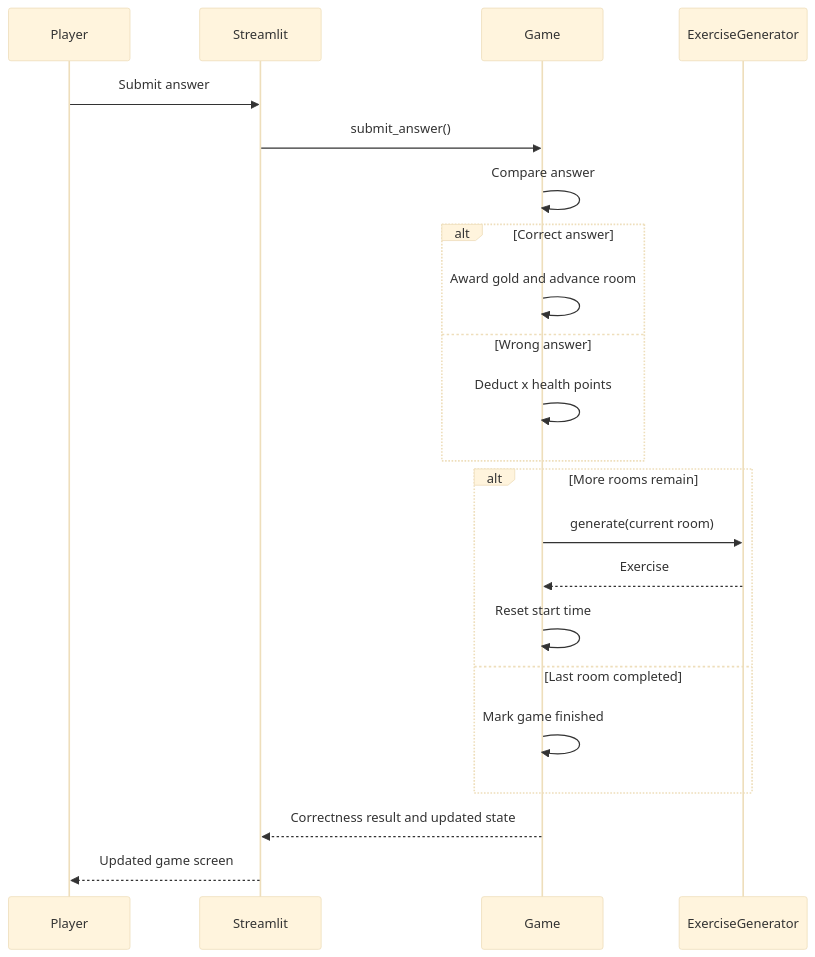
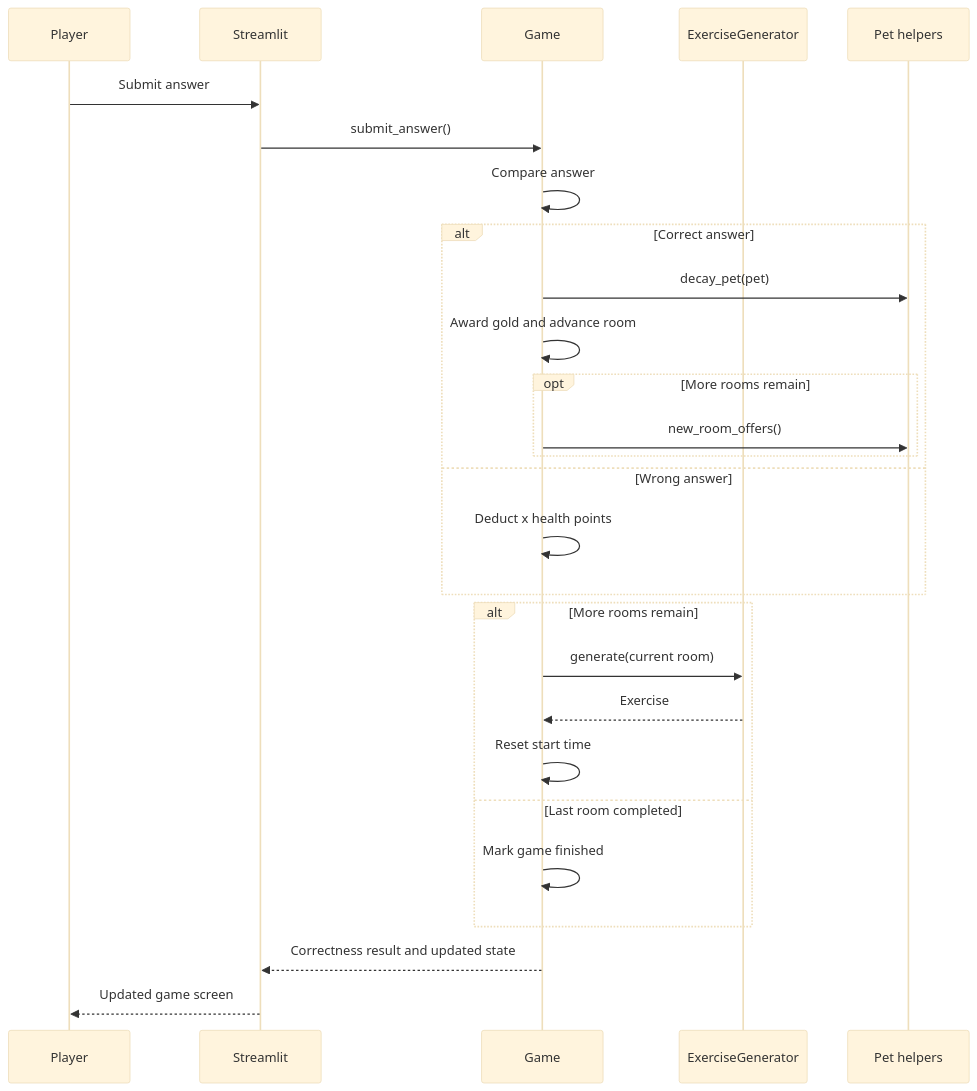
One commit to ecojrsg/Programacion-Asistida changed the second of 2 diagrams in 19vo Ejercicio videojuego/docs/CLASS_DIAGRAM.md. Above: the diagram before and after it, drawn with Mermaid (base theme). The commit also changed other lines of this file and 4 other files, not shown here.

````diff
--- a/19vo Ejercicio videojuego/docs/CLASS_DIAGRAM.md
+++ b/19vo Ejercicio videojuego/docs/CLASS_DIAGRAM.md
@@ -40,24 +42,29 @@
 ```mermaid
 sequenceDiagram
     participant P as Player
     participant U as Streamlit
     participant G as Game
     participant E as ExerciseGenerator
+    participant H as Pet helpers
     P->>U: Submit answer
     U->>G: submit_answer()
     G->>G: Compare answer
     alt Correct answer
+      G->>H: decay_pet(pet)
       G->>G: Award gold and advance room
+      opt More rooms remain
+        G->>H: new_room_offers()
+      end
     else Wrong answer
       G->>G: Deduct x health points
     end
     alt More rooms remain
       G->>E: generate(current room)
       E-->>G: Exercise
       G->>G: Reset start time
     else Last room completed
       G->>G: Mark game finished
     end
     G-->>U: Correctness result and updated state
     U-->>P: Updated game screen
 ```
````
